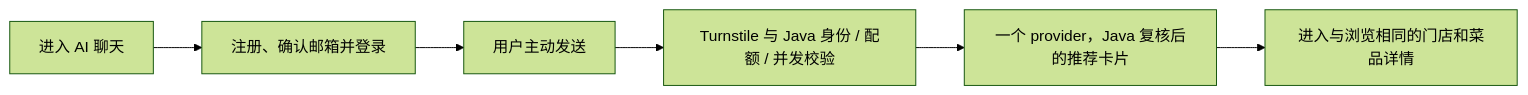
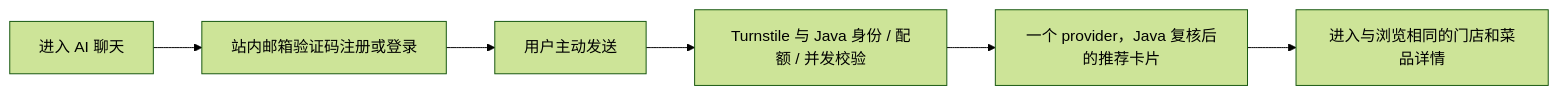
Before and after one commit to kurin0u0/Large-Lunch-Model: the third of 3 diagrams in README.md, drawn with Mermaid (forest theme). The commit also changed other lines of this file and 7 other files, not shown here.

````diff
--- a/README.md
+++ b/README.md
@@ -62,8 +64,8 @@
 ```mermaid
 flowchart LR
-    chat["进入 AI 聊天"] --> login["注册、确认邮箱并登录"]
+    chat["进入 AI 聊天"] --> login["站内邮箱验证码注册或登录"]
     login --> send["用户主动发送"]
     send --> gate["Turnstile 与 Java 身份 / 配额 / 并发校验"]
     gate --> model["一个 provider，Java 复核后的推荐卡片"]
     model --> detail["进入与浏览相同的门店和菜品详情"]
 ```
````
